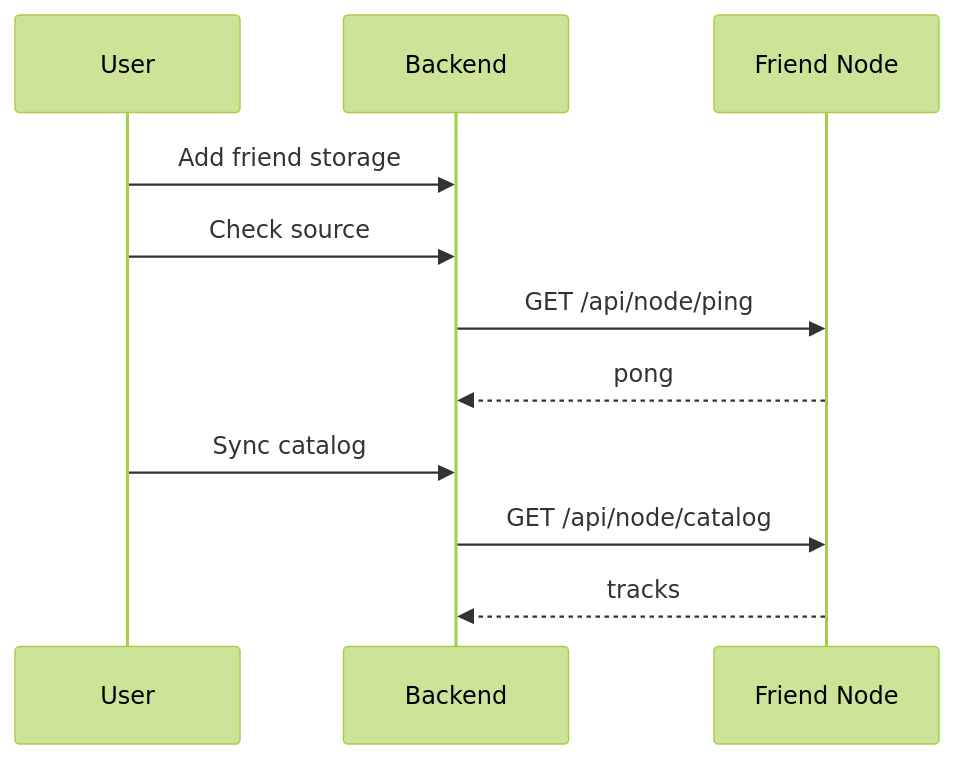
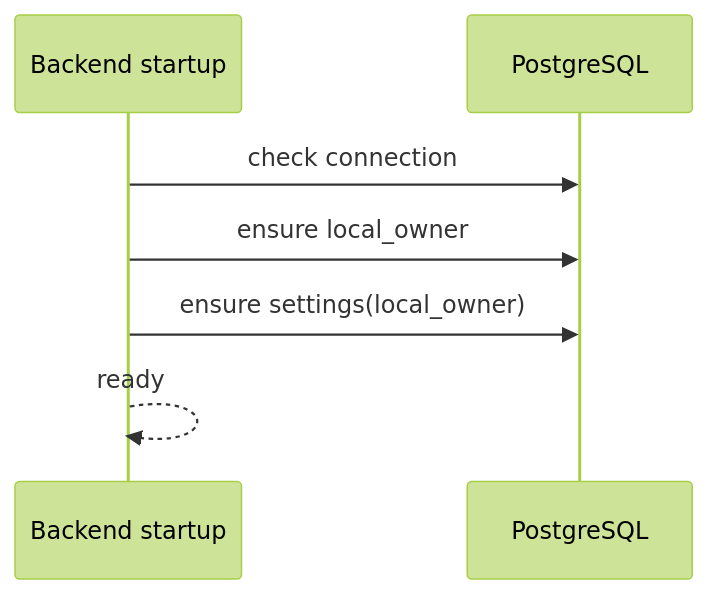
The second of 3 diagrams in docs/diagrams.md (AIIIIIQ/MusicControl), drawn with Mermaid (forest theme) before and after one commit. The commit also changed other lines of this file and 33 other files, not shown here.

Commit message:
feat: switch to single-owner local mode without login

````diff
--- a/docs/diagrams.md
+++ b/docs/diagrams.md
@@ -12,13 +11,9 @@
 ```mermaid
 sequenceDiagram
-participant U as User
-participant BE as Backend
-participant FN as Friend Node
-U->>BE: Add friend storage
-U->>BE: Check source
-BE->>FN: GET /api/node/ping
-FN-->>BE: pong
-U->>BE: Sync catalog
-BE->>FN: GET /api/node/catalog
-FN-->>BE: tracks
+participant BE as Backend startup
+participant DB as PostgreSQL
+BE->>DB: check connection
+BE->>DB: ensure local_owner
+BE->>DB: ensure settings(local_owner)
+BE-->>BE: ready
 ```
````
